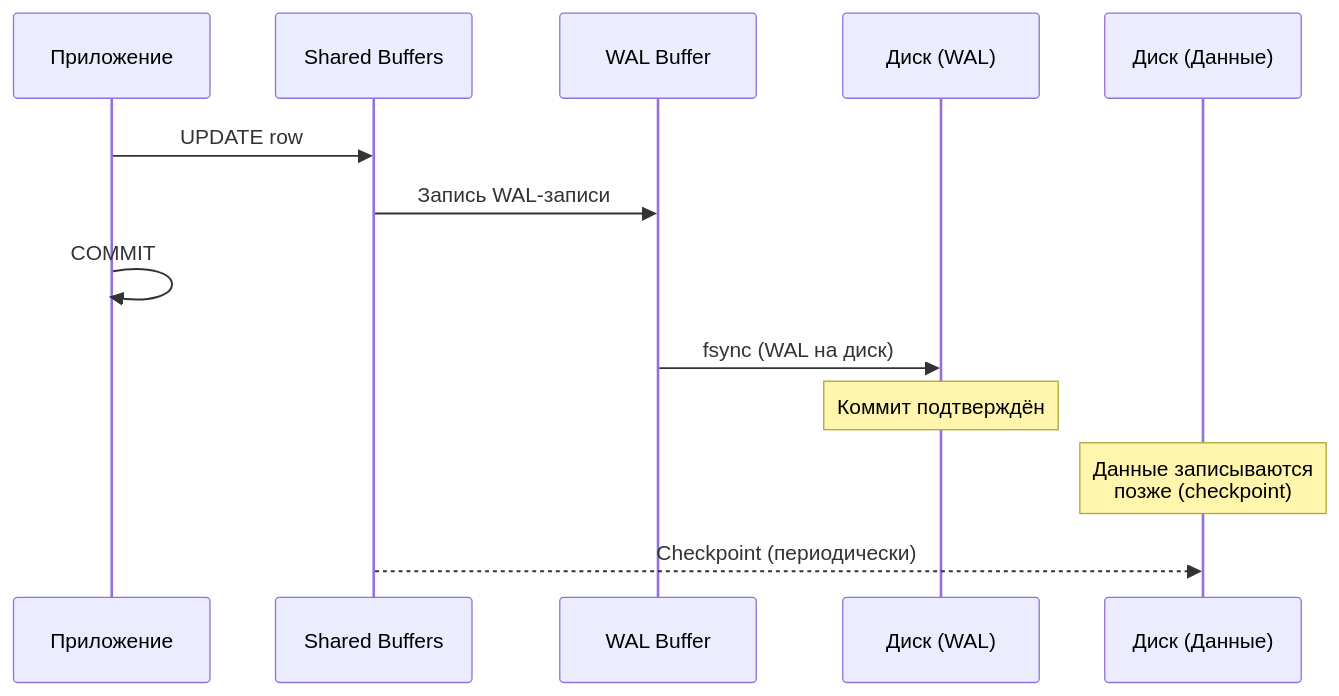
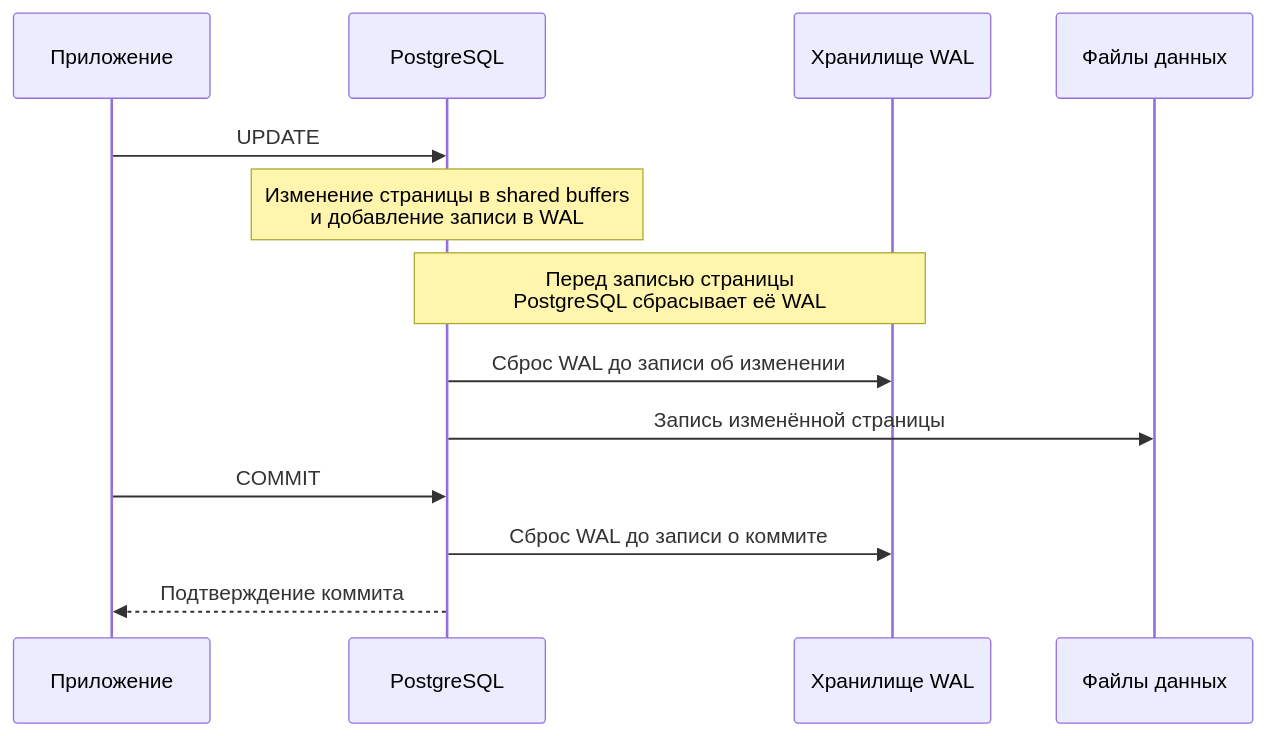
The sixth of 8 diagrams in cheatsheets/interview/databases/database-transactions-interview.md (akeverus/cheat-sheet), drawn with Mermaid before and after one commit. The commit also changed other lines of this file and 154 other files, not shown here.

````diff
--- a/cheatsheets/interview/databases/database-transactions-interview.md
+++ b/cheatsheets/interview/databases/database-transactions-interview.md
@@ -964,16 +957,16 @@
 ```mermaid
 sequenceDiagram
     participant App as Приложение
-    participant Buf as Shared Buffers
-    participant WAL as WAL Buffer
-    participant Disk as Диск (WAL)
-    participant Data as Диск (Данные)
-    
-    App->>Buf: UPDATE row
-    Buf->>WAL: Запись WAL-записи
-    App->>App: COMMIT
-    WAL->>Disk: fsync (WAL на диск)
-    Note over Disk: Коммит подтверждён
-    Note over Data: Данные записываются<br/>позже (checkpoint)
-    Buf-->>Data: Checkpoint (периодически)
+    participant PG as PostgreSQL
+    participant WAL as Хранилище WAL
+    participant Data as Файлы данных
+
+    App->>PG: UPDATE
+    Note over PG: Изменение страницы в shared buffers<br/>и добавление записи в WAL
+    Note over PG,WAL: Перед записью страницы<br/>PostgreSQL сбрасывает её WAL
+    PG->>WAL: Сброс WAL до записи об изменении
+    PG->>Data: Запись изменённой страницы
+    App->>PG: COMMIT
+    PG->>WAL: Сброс WAL до записи о коммите
+    PG-->>App: Подтверждение коммита
 ```
````
